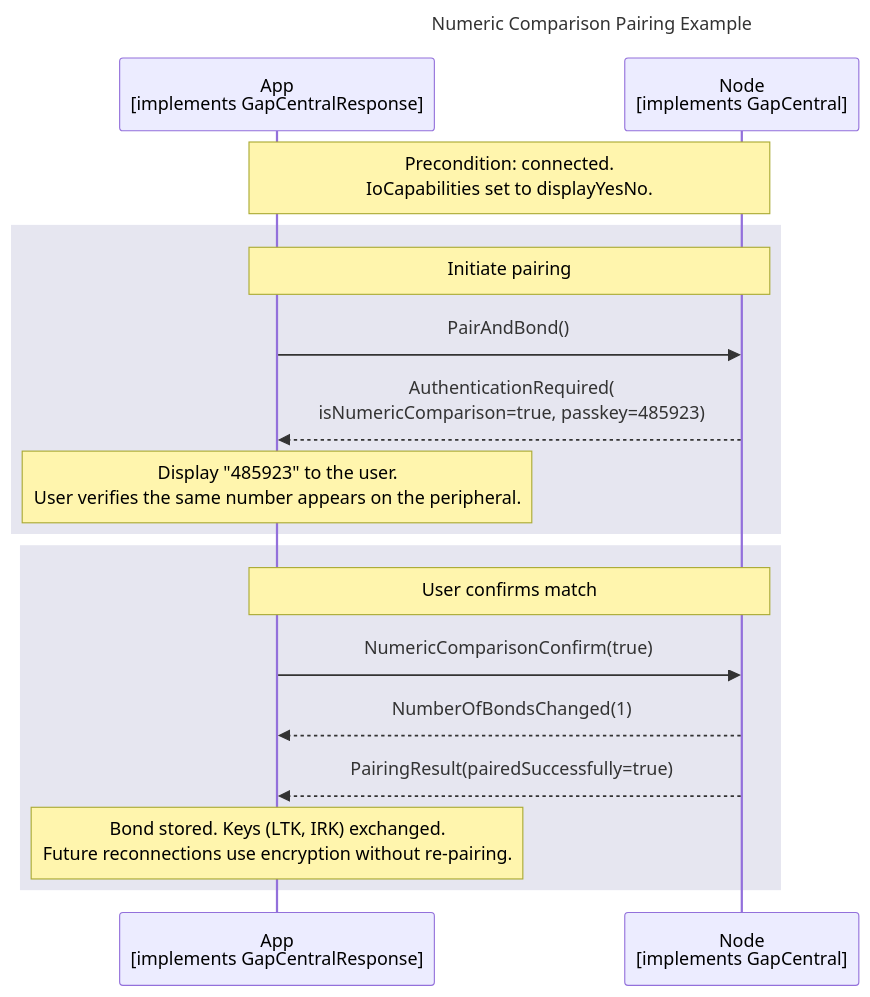
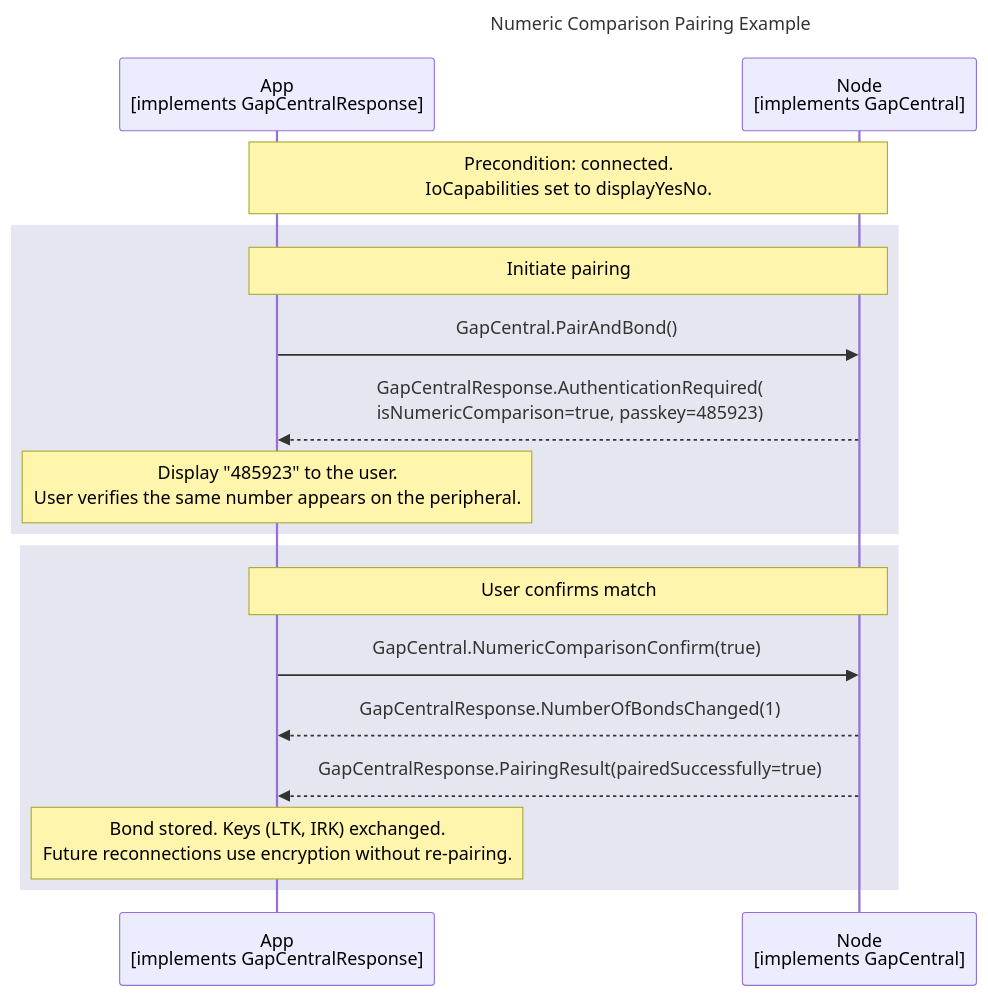
One commit to philips-software/amp-embedded-infra-lib changed the diagram in documents/modules/ROOT/partials/echoservices/gap_central/GapCentral_NumericComparison_sequence_example.mmd. Above: the diagram before and after it, drawn with Mermaid. The commit also changed 8 other files, not shown here.

```diff
--- a/documents/modules/ROOT/partials/echoservices/gap_central/GapCentral_NumericComparison_sequence_example.mmd
+++ b/documents/modules/ROOT/partials/echoservices/gap_central/GapCentral_NumericComparison_sequence_example.mmd
@@ -1,24 +1,24 @@
 sequenceDiagram
     title Numeric Comparison Pairing Example
 
     participant App as App<br>[implements GapCentralResponse]
     participant Node as Node<br>[implements GapCentral]
 
     note over App, Node: Precondition: connected.<br>IoCapabilities set to displayYesNo.
 
     rect rgb(230, 230, 240)
         note over App, Node: Initiate pairing
-        App->>Node: PairAndBond()
-        Node-->>App: AuthenticationRequired(<br>isNumericComparison=true, passkey=485923)
+        App->>Node: GapCentral.PairAndBond()
+        Node-->>App: GapCentralResponse.AuthenticationRequired(<br>isNumericComparison=true, passkey=485923)
 
         note over App: Display "485923" to the user.<br>User verifies the same number appears on the peripheral.
     end
 
     rect rgb(230, 230, 240)
         note over App, Node: User confirms match
-        App->>Node: NumericComparisonConfirm(true)
-        Node-->>App: NumberOfBondsChanged(1)
-        Node-->>App: PairingResult(pairedSuccessfully=true)
+        App->>Node: GapCentral.NumericComparisonConfirm(true)
+        Node-->>App: GapCentralResponse.NumberOfBondsChanged(1)
+        Node-->>App: GapCentralResponse.PairingResult(pairedSuccessfully=true)
 
         note over App: Bond stored. Keys (LTK, IRK) exchanged.<br>Future reconnections use encryption without re-pairing.
     end
```
